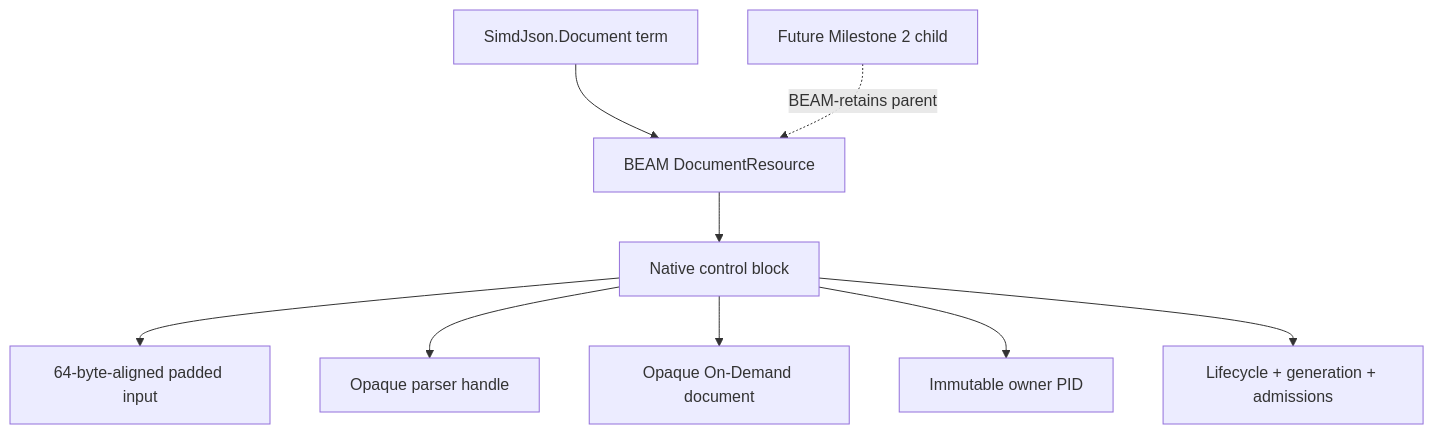
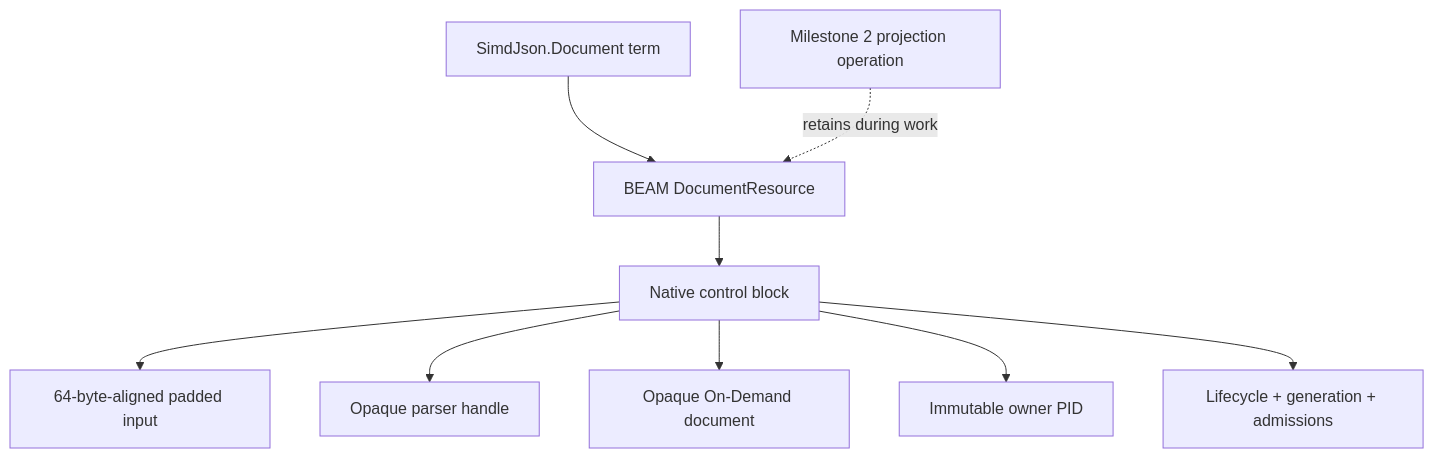
The second of 3 diagrams in docs/milestones/01-native-foundation-operations.md (pcharbon70/simd_json), drawn with Mermaid before and after one commit. The commit also changed other lines of this file and 38 other files, not shown here.

````diff
--- a/docs/milestones/01-native-foundation-operations.md
+++ b/docs/milestones/01-native-foundation-operations.md
@@ -132,11 +132,11 @@
 ```mermaid
 flowchart TD
     Term[SimdJson.Document term] --> Resource[BEAM DocumentResource]
     Resource --> Control[Native control block]
     Control --> Input[64-byte-aligned padded input]
     Control --> Parser[Opaque parser handle]
     Control --> Document[Opaque On-Demand document]
     Control --> Owner[Immutable owner PID]
     Control --> State[Lifecycle + generation + admissions]
-    Cursor[Future Milestone 2 child] -. BEAM-retains parent .-> Resource
+    Projection[Milestone 2 projection operation] -. retains during work .-> Resource
 ```
````
